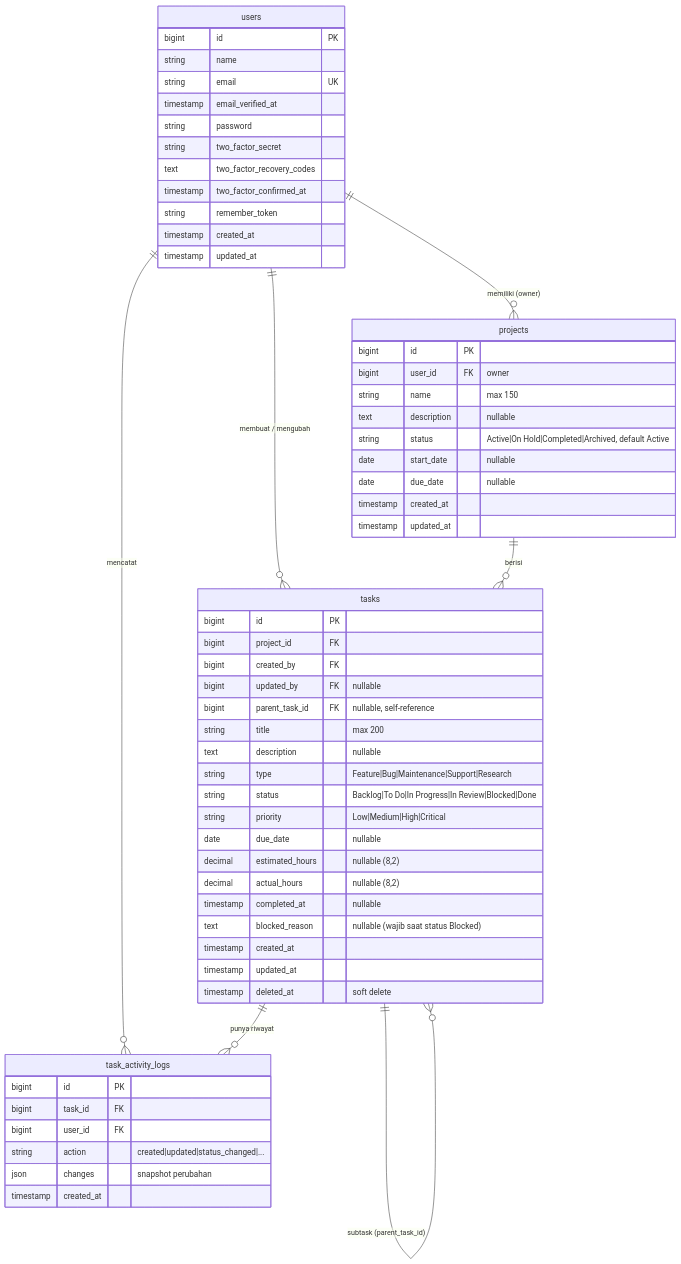
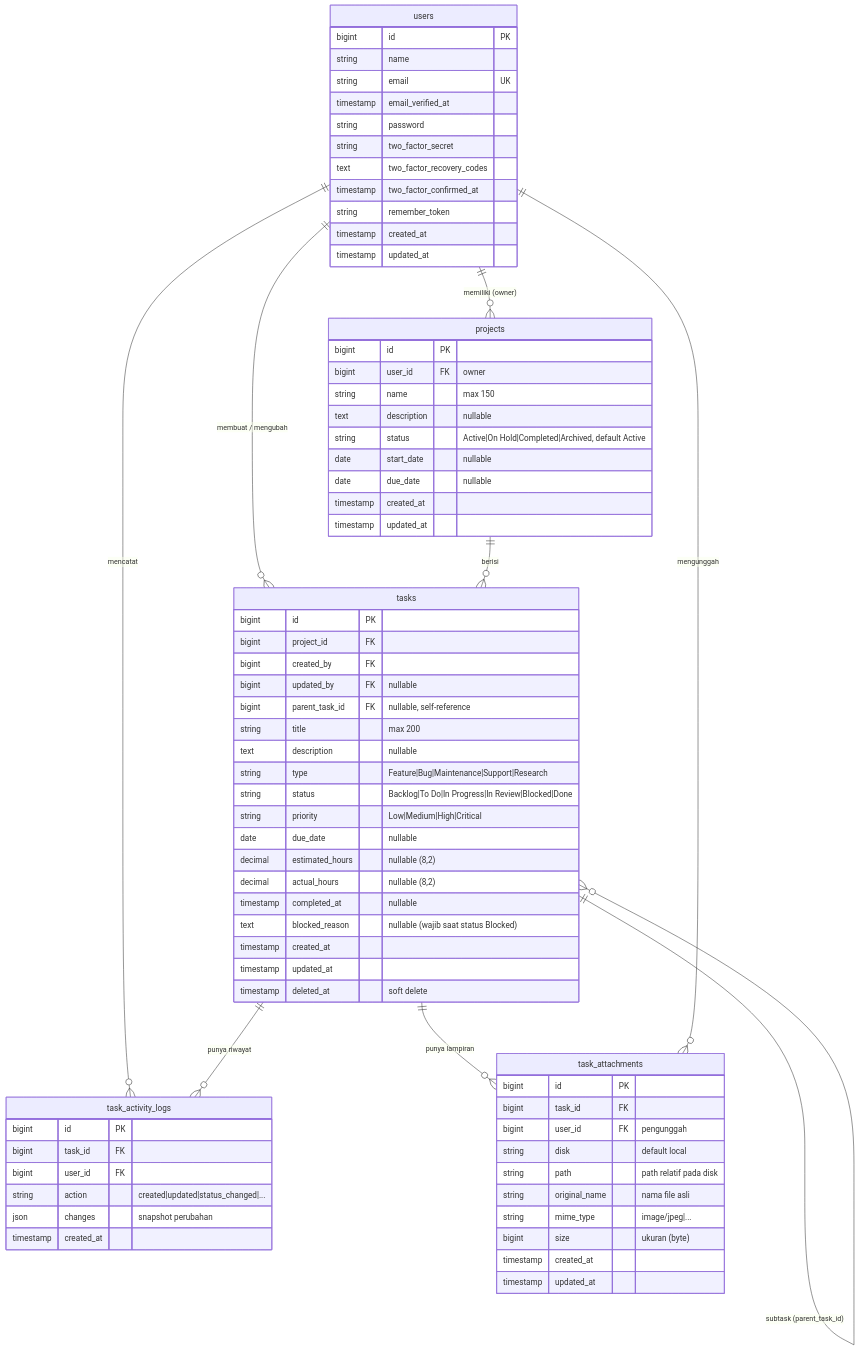
Before and after one commit to DevTask-app/frontend_davt: the diagram in docs/ERD.md, drawn with Mermaid. The commit also changed other lines of this file and 16 other files, not shown here.

````diff
--- a/docs/ERD.md
+++ b/docs/ERD.md
@@ -7,65 +7,80 @@
 ```mermaid
 erDiagram
     users ||--o{ projects : "memiliki (owner)"
     users ||--o{ tasks : "membuat / mengubah"
     users ||--o{ task_activity_logs : "mencatat"
     projects ||--o{ tasks : "berisi"
     tasks ||--o{ tasks : "subtask (parent_task_id)"
     tasks ||--o{ task_activity_logs : "punya riwayat"
+    tasks ||--o{ task_attachments : "punya lampiran"
+    users ||--o{ task_attachments : "mengunggah"
 
     users {
         bigint id PK
         string name
         string email UK
         timestamp email_verified_at
         string password
         string two_factor_secret
         text two_factor_recovery_codes
         timestamp two_factor_confirmed_at
         string remember_token
         timestamp created_at
         timestamp updated_at
     }
 
     projects {
         bigint id PK
         bigint user_id FK "owner"
         string name "max 150"
         text description "nullable"
         string status "Active|On Hold|Completed|Archived, default Active"
         date start_date "nullable"
         date due_date "nullable"
         timestamp created_at
         timestamp updated_at
     }
 
     tasks {
         bigint id PK
         bigint project_id FK
         bigint created_by FK
         bigint updated_by FK "nullable"
         bigint parent_task_id FK "nullable, self-reference"
         string title "max 200"
         text description "nullable"
         string type "Feature|Bug|Maintenance|Support|Research"
         string status "Backlog|To Do|In Progress|In Review|Blocked|Done"
         string priority "Low|Medium|High|Critical"
         date due_date "nullable"
         decimal estimated_hours "nullable (8,2)"
         decimal actual_hours "nullable (8,2)"
         timestamp completed_at "nullable"
         text blocked_reason "nullable (wajib saat status Blocked)"
         timestamp created_at
         timestamp updated_at
         timestamp deleted_at "soft delete"
     }
 
     task_activity_logs {
         bigint id PK
         bigint task_id FK
         bigint user_id FK
         string action "created|updated|status_changed|..."
         json changes "snapshot perubahan"
         timestamp created_at
     }
+
+    task_attachments {
+        bigint id PK
+        bigint task_id FK
+        bigint user_id FK "pengunggah"
+        string disk "default local"
+        string path "path relatif pada disk"
+        string original_name "nama file asli"
+        string mime_type "image/jpeg|..."
+        bigint size "ukuran (byte)"
+        timestamp created_at
+        timestamp updated_at
+    }
 ```
````
